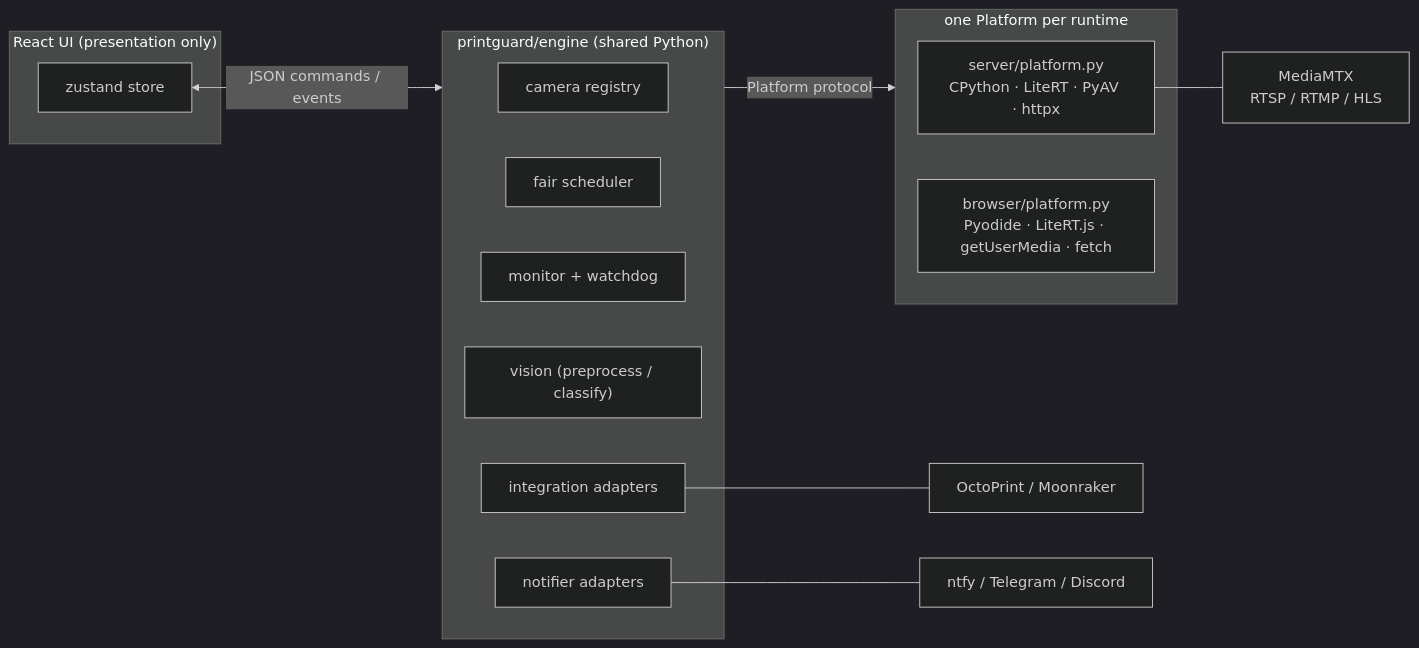
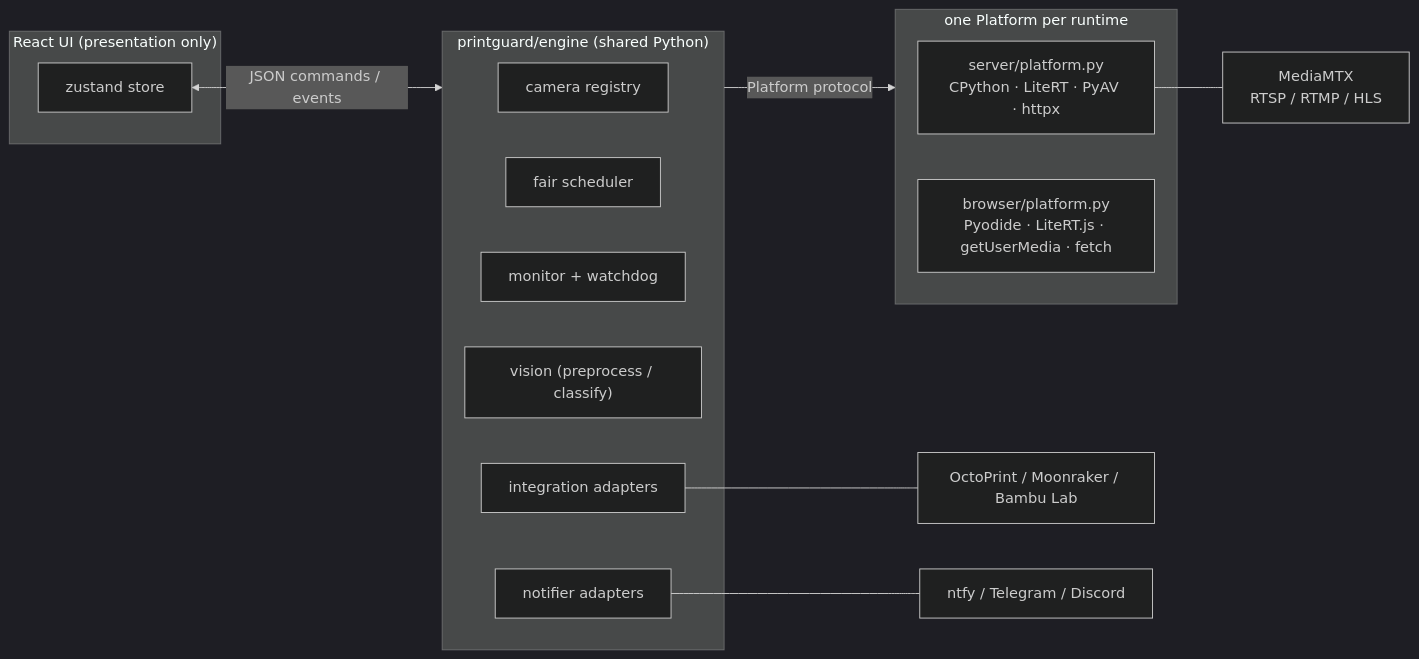
The first of 2 diagrams in docs/architecture.md (oliverbravery/PrintGuard), drawn with Mermaid (dark theme) before and after one commit. The commit also changed other lines of this file and 10 other files, not shown here.

First line of the commit message:
Add Bambu Lab printer integration over local MQTT

````diff
--- a/docs/architecture.md
+++ b/docs/architecture.md
@@ -8,28 +8,28 @@
 ```mermaid
 flowchart LR
     subgraph UI["React UI (presentation only)"]
         store["zustand store"]
     end
 
     store <-- "JSON commands / events" --> engine
 
     subgraph engine["printguard/engine (shared Python)"]
         registry["camera registry"]
         scheduler["fair scheduler"]
         monitor["monitor + watchdog"]
         vision["vision (preprocess / classify)"]
         integrations["integration adapters"]
         notifiers["notifier adapters"]
     end
 
     engine -- "Platform protocol" --> platform
 
     subgraph platform["one Platform per runtime"]
         server["server/platform.py<br/>CPython · LiteRT · PyAV · httpx"]
         browser["browser/platform.py<br/>Pyodide · LiteRT.js · getUserMedia · fetch"]
     end
 
     server --- mediamtx["MediaMTX<br/>RTSP / RTMP / HLS"]
-    integrations --- printersvc["OctoPrint / Moonraker"]
+    integrations --- printersvc["OctoPrint / Moonraker / Bambu Lab"]
     notifiers --- push["ntfy / Telegram / Discord"]
 ```
````
